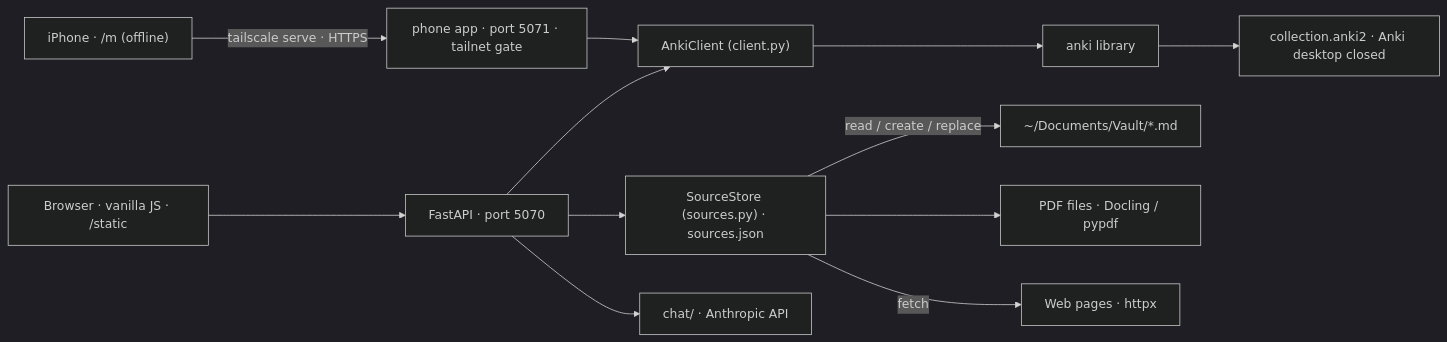
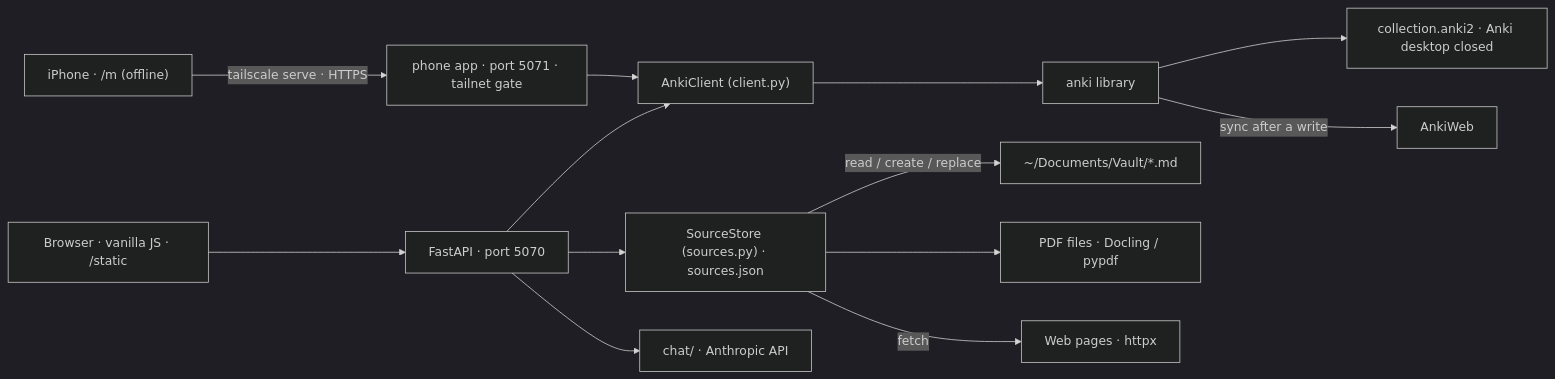
Before and after one commit to Vaillus/anki_assistant: the diagram in specs/00-overview.md, drawn with Mermaid (dark theme). The commit also changed other lines of this file and 3 other files, not shown here.

First line of the commit message:
feat(anki): sync with AnkiWeb after each write

````diff
--- a/specs/00-overview.md
+++ b/specs/00-overview.md
@@ -26,12 +26,13 @@
 ```mermaid
 graph LR
     UI["Browser · vanilla JS · /static"] --> API["FastAPI · port 5070"]
     API --> Client["AnkiClient (client.py)"] --> Lib["anki library"] --> Col["collection.anki2 · Anki desktop closed"]
+    Lib -- sync after a write --> AW["AnkiWeb"]
     API --> Sources["SourceStore (sources.py) · sources.json"]
     Sources -- read / create / replace --> Vault["~/Documents/Vault/*.md"]
     Sources --> PDF["PDF files · Docling / pypdf"]
     Sources -- fetch --> Web["Web pages · httpx"]
     API --> Chat["chat/ · Anthropic API"]
     Phone["iPhone · /m (offline)"] -- tailscale serve · HTTPS --> Gate["phone app · port 5071 · tailnet gate"]
     Gate --> Client
 ```
````
